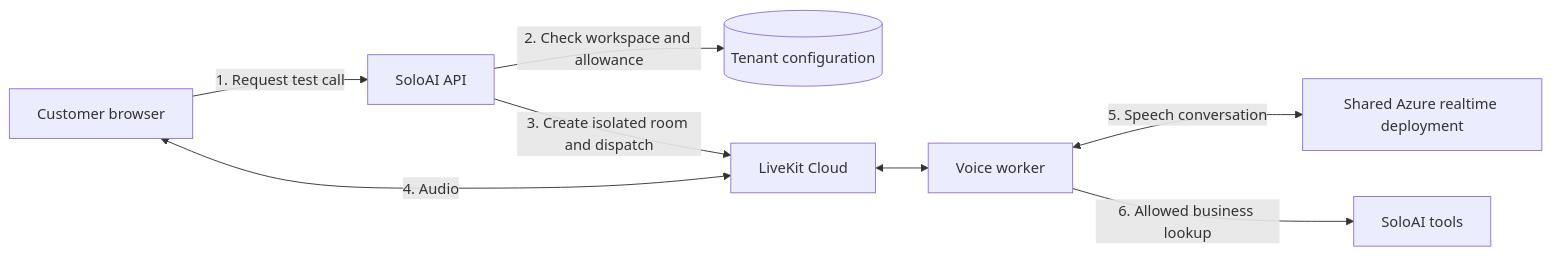
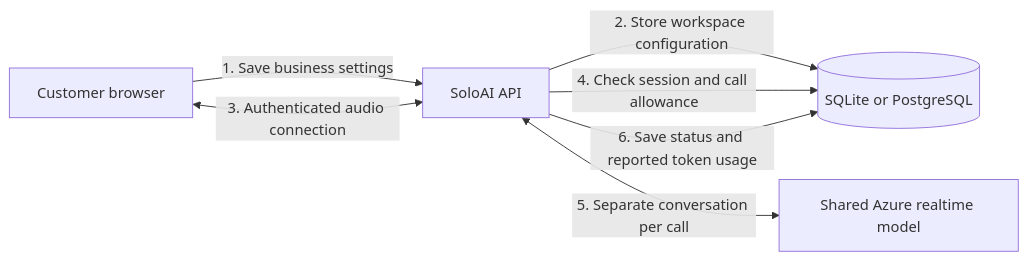
One commit to sumitsharma01/soloai changed the diagram in docs/VOICE-RECEPTIONIST.md. Above: the diagram before and after it, drawn with Mermaid. The commit also changed other lines of this file and 11 other files, not shown here.

Commit message:
Add tenant-scoped Azure voice receptionist browser preview

````diff
--- a/docs/VOICE-RECEPTIONIST.md
+++ b/docs/VOICE-RECEPTIONIST.md
@@ -41,10 +43,9 @@
 ```mermaid
 flowchart LR
-    A[Customer browser] -->|1. Request test call| B[SoloAI API]
-    B -->|2. Check workspace and allowance| C[(Tenant configuration)]
-    B -->|3. Create isolated room and dispatch| D[LiveKit Cloud]
-    A <-->|4. Audio| D
-    D <--> E[Voice worker]
-    E <-->|5. Speech conversation| F[Shared Azure realtime deployment]
-    E -->|6. Allowed business lookup| G[SoloAI tools]
+    A[Customer browser] -->|1. Save business settings| B[SoloAI API]
+    B -->|2. Store workspace configuration| C[(SQLite or PostgreSQL)]
+    A <-->|3. Authenticated audio connection| B
+    B -->|4. Check session and call allowance| C
+    B <-->|5. Separate conversation per call| D[Shared Azure realtime model]
+    B -->|6. Save status and reported token usage| C
 ```
````
